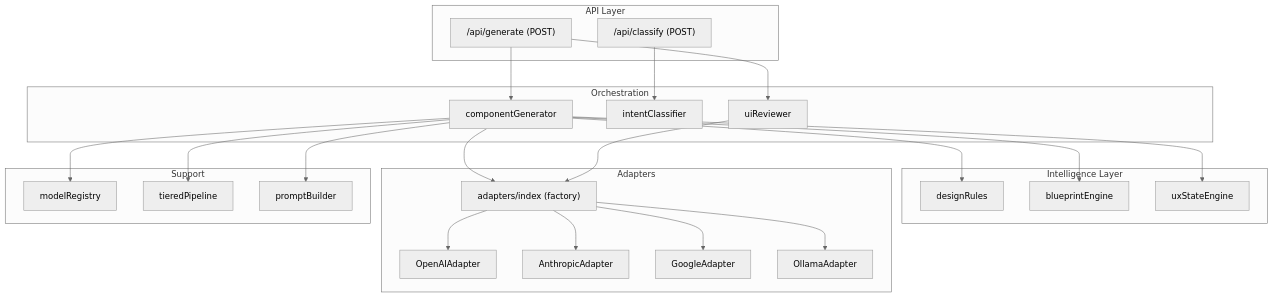
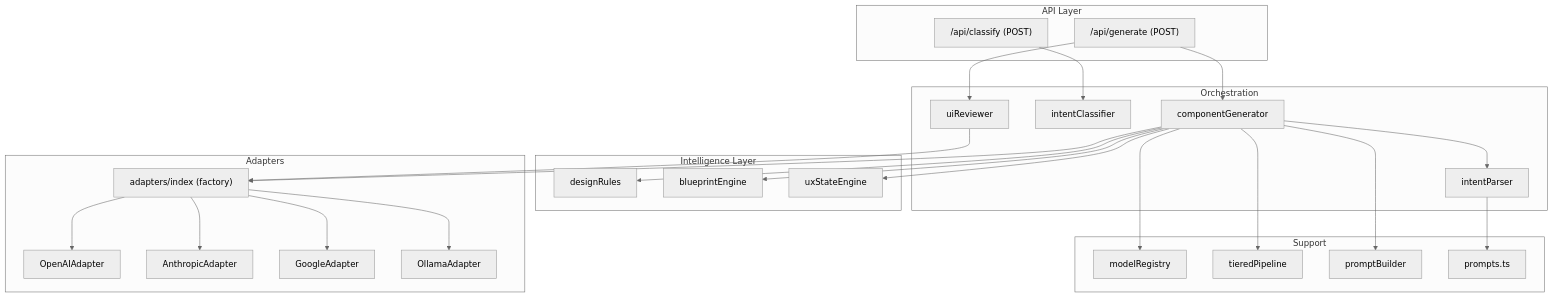
Before and after one commit to shekhargiri005-dotcom/AI-powered-accessibility-first-UI-engine: the first of 10 diagrams in .qoder/repowiki/en/content/AI Generation Engine/AI Generation Engine.md, drawn with Mermaid (neutral theme). The commit also changed other lines of this file and 71 other files, not shown here.

````diff
--- a/.qoder/repowiki/en/content/AI Generation Engine/AI Generation Engine.md
+++ b/.qoder/repowiki/en/content/AI Generation Engine/AI Generation Engine.md
@@ -54,44 +58,48 @@
 ```mermaid
 graph TB
 subgraph "API Layer"
 GEN["/api/generate (POST)"]
 CLS["/api/classify (POST)"]
 end
 subgraph "Orchestration"
 CG["componentGenerator"]
 IC["intentClassifier"]
 UR["uiReviewer"]
+IP["intentParser"]
 end
 subgraph "Intelligence Layer"
 DE["designRules"]
 BE["blueprintEngine"]
 UE["uxStateEngine"]
 end
 subgraph "Adapters"
 ADI["adapters/index (factory)"]
 OAI["OpenAIAdapter"]
 AN["AnthropicAdapter"]
 GG["GoogleAdapter"]
 OL["OllamaAdapter"]
 end
 subgraph "Support"
 MR["modelRegistry"]
 TP["tieredPipeline"]
 PB["promptBuilder"]
+PR["prompts.ts"]
 end
 GEN --> CG
 GEN --> UR
 CLS --> IC
 CG --> ADI
 UR --> ADI
 CG --> DE
 CG --> BE
 CG --> UE
+CG --> IP
+IP --> PR
 ADI --> OAI
 ADI --> AN
 ADI --> GG
 ADI --> OL
 CG --> MR
 CG --> TP
 CG --> PB
 ```
````
